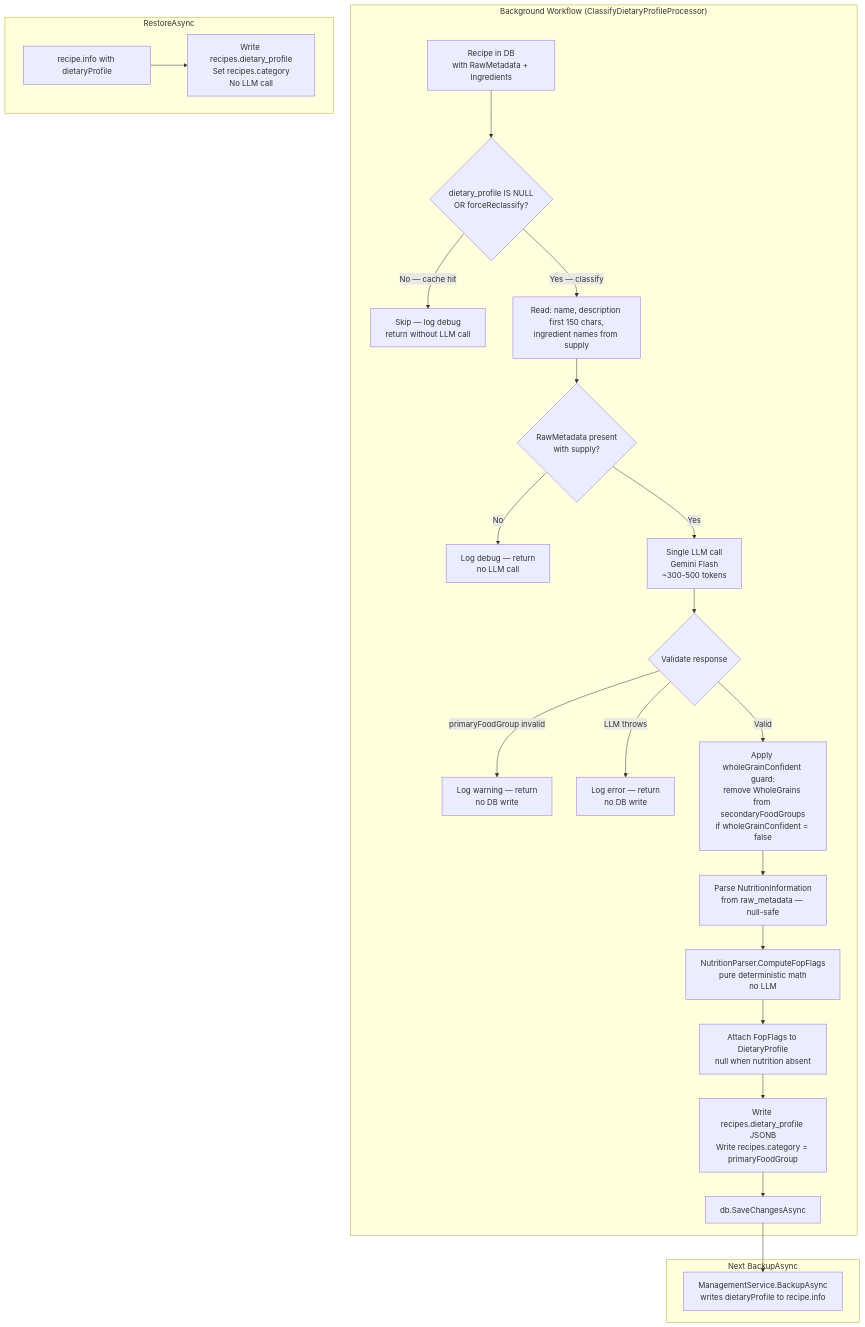
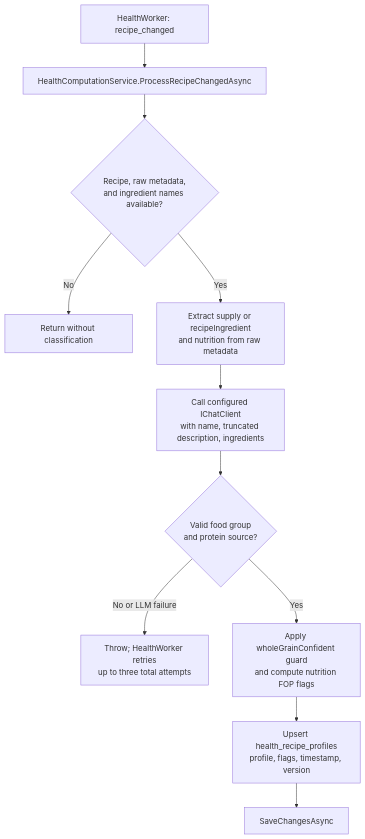
One commit to AlexandreBrisebois/whats-for-supper changed the first of 2 diagrams in docs/flows/data-flows/dietary-classification.md. Above: the diagram before and after it, drawn with Mermaid. The commit also changed other lines of this file and 24 other files, not shown here.

````diff
--- a/docs/flows/data-flows/dietary-classification.md
+++ b/docs/flows/data-flows/dietary-classification.md
@@ -21,28 +19,13 @@
 ```mermaid
 flowchart TD
-    subgraph Workflow["Background Workflow (ClassifyDietaryProfileProcessor)"]
-        A[Recipe in DB\nwith RawMetadata + Ingredients] --> B{dietary_profile IS NULL\nOR forceReclassify?}
-        B -->|No — cache hit| C[Skip — log debug\nreturn without LLM call]
-        B -->|Yes — classify| D[Read: name, description first 150 chars,\ningredient names from supply]
-        D --> E{RawMetadata present\nwith supply?}
-        E -->|No| F[Log debug — return\nno LLM call]
-        E -->|Yes| G[Single LLM call\nGemini Flash\n~300-500 tokens]
-        G --> H{Validate response}
-        H -->|primaryFoodGroup invalid| I[Log warning — return\nno DB write]
-        H -->|LLM throws| J[Log error — return\nno DB write]
-        H -->|Valid| K[Apply wholeGrainConfident guard:\nremove WholeGrains from secondaryFoodGroups\nif wholeGrainConfident = false]
-        K --> L[Parse NutritionInformation\nfrom raw_metadata — null-safe]
-        L --> M[NutritionParser.ComputeFopFlags\npure deterministic math\nno LLM]
-        M --> N[Attach FopFlags to DietaryProfile\nnull when nutrition absent]
-        N --> O[Write recipes.dietary_profile JSONB\nWrite recipes.category = primaryFoodGroup]
-        O --> P[db.SaveChangesAsync]
-    end
-
-    subgraph Backup["Next BackupAsync"]
-        P --> Q[ManagementService.BackupAsync\nwrites dietaryProfile to recipe.info]
-    end
-
-    subgraph Restore["RestoreAsync"]
-        R[recipe.info with dietaryProfile] --> S[Write recipes.dietary_profile\nSet recipes.category\nNo LLM call]
-    end
+    A[HealthWorker: recipe_changed] --> B[HealthComputationService.ProcessRecipeChangedAsync]
+    B --> C{Recipe, raw metadata,\nand ingredient names available?}
+    C -->|No| D[Return without classification]
+    C -->|Yes| E[Extract supply or recipeIngredient\nand nutrition from raw metadata]
+    E --> F[Call configured IChatClient\nwith name, truncated description, ingredients]
+    F --> G{Valid food group\nand protein source?}
+    G -->|No or LLM failure| H[Throw; HealthWorker retries\nup to three total attempts]
+    G -->|Yes| I[Apply wholeGrainConfident guard\nand compute nutrition FOP flags]
+    I --> J[Upsert health_recipe_profiles\nprofile, flags, timestamp, version]
+    J --> K[SaveChangesAsync]
 ```
````
